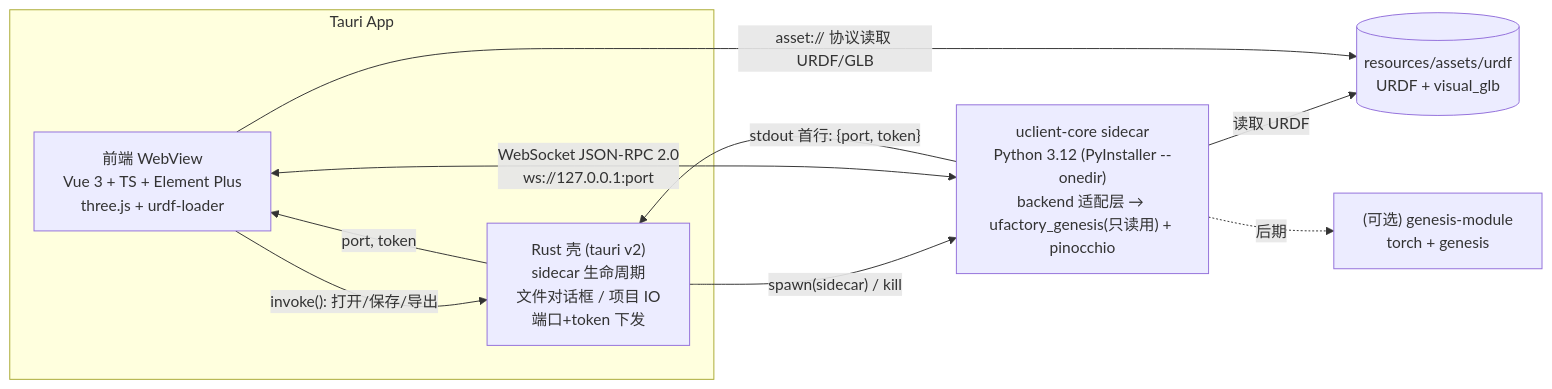
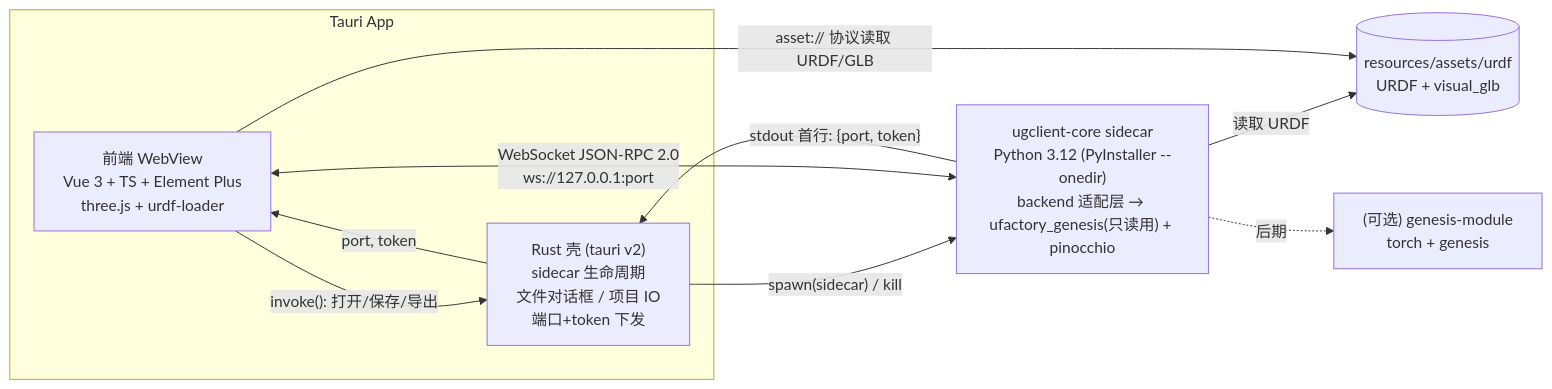
Before and after one commit to DanielWang123321/Uclient: the diagram in docs/DESIGN.md, drawn with Mermaid. The commit also changed other lines of this file and 58 other files, not shown here.

First line of the commit message:
chore: rename product to UGClient (UFACTORY Genesis Client, formerly Uclient)

````diff
--- a/docs/DESIGN.md
+++ b/docs/DESIGN.md
@@ -76,19 +77,19 @@
 ```mermaid
 flowchart LR
   subgraph Tauri App
     UI["前端 WebView<br/>Vue 3 + TS + Element Plus<br/>three.js + urdf-loader"]
     RS["Rust 壳 (tauri v2)<br/>sidecar 生命周期<br/>文件对话框 / 项目 IO<br/>端口+token 下发"]
   end
-  SC["uclient-core sidecar<br/>Python 3.12 (PyInstaller --onedir)<br/>backend 适配层 → ufactory_genesis(只读用) + pinocchio"]
+  SC["ugclient-core sidecar<br/>Python 3.12 (PyInstaller --onedir)<br/>backend 适配层 → ufactory_genesis(只读用) + pinocchio"]
   ASSETS[("resources/assets/urdf<br/>URDF + visual_glb")]
   GEN["(可选) genesis-module<br/>torch + genesis"]
 
   UI -- "invoke(): 打开/保存/导出" --> RS
   RS -- "spawn(sidecar) / kill" --> SC
   SC -- "stdout 首行: {port, token}" --> RS
   RS -- "port, token" --> UI
   UI <-- "WebSocket JSON-RPC 2.0<br/>ws://127.0.0.1:port" --> SC
   SC -- "读取 URDF" --> ASSETS
   UI -- "asset:// 协议读取 URDF/GLB" --> ASSETS
   SC -. "后期" .-> GEN
 ```
````
